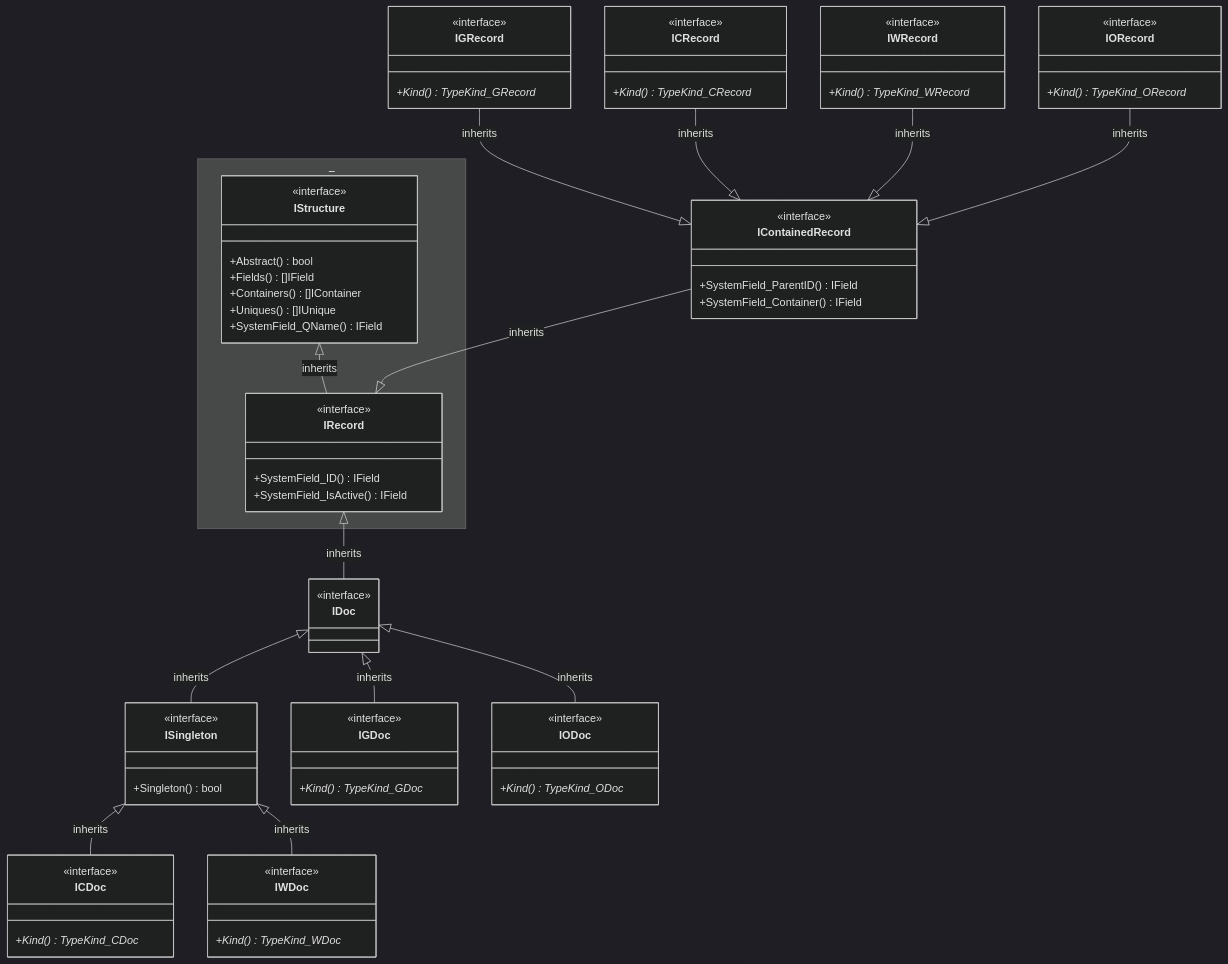
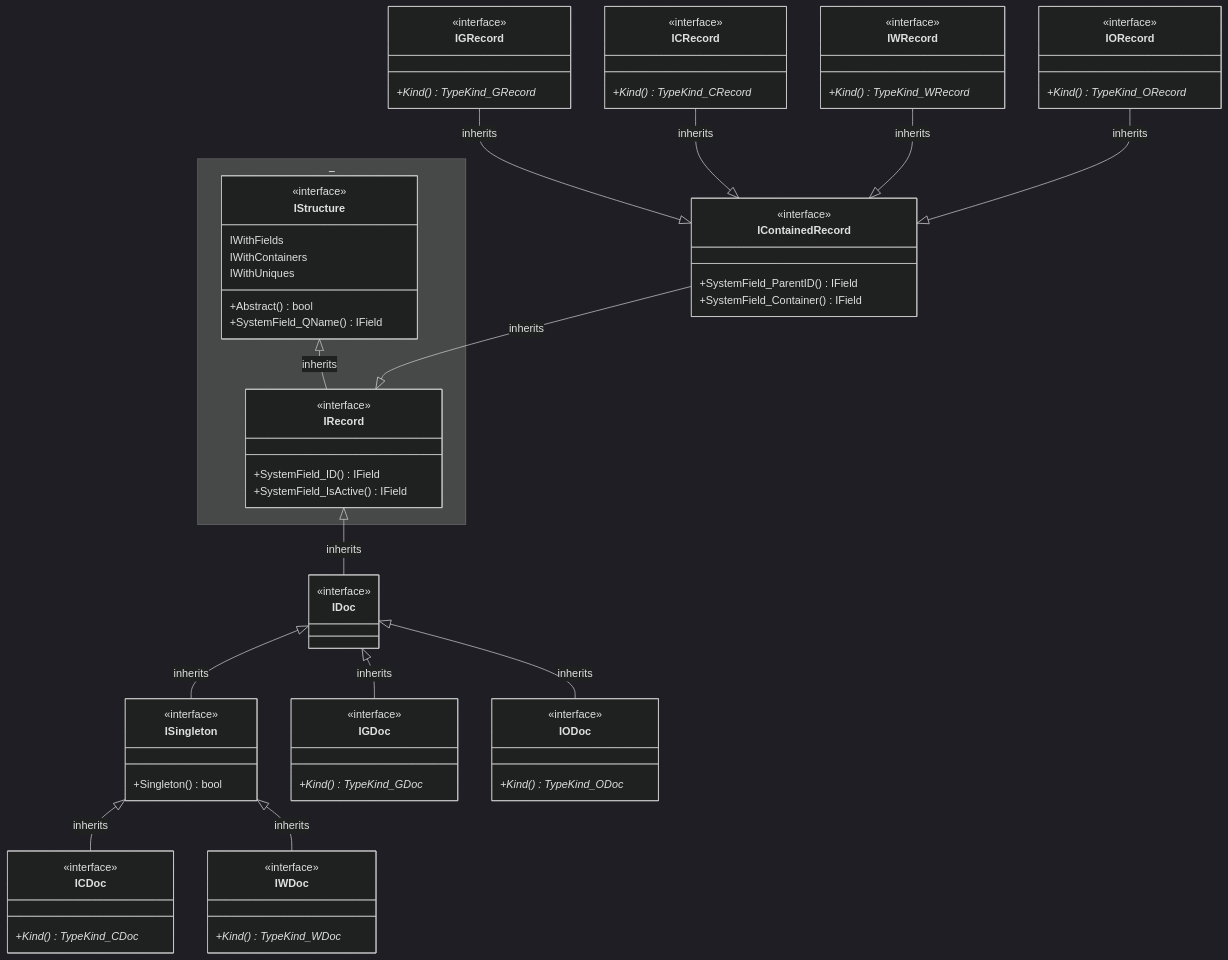
Before and after one commit to voedger/voedger: the fourth of 9 diagrams in pkg/appdef/README.md, drawn with Mermaid (dark theme). The commit also changed other lines of this file, not shown here.

```diff
--- a/pkg/appdef/README.md
+++ b/pkg/appdef/README.md
@@ -333,10 +336,10 @@
     namespace _ {
         class IStructure {
             <<interface>>
+            IWithFields
+            IWithContainers
+            IWithUniques
             +Abstract() bool
-            +Fields() []IField
-            +Containers() []IContainer
-            +Uniques() []IUnique
             +SystemField_QName() IField
         }
 
```
